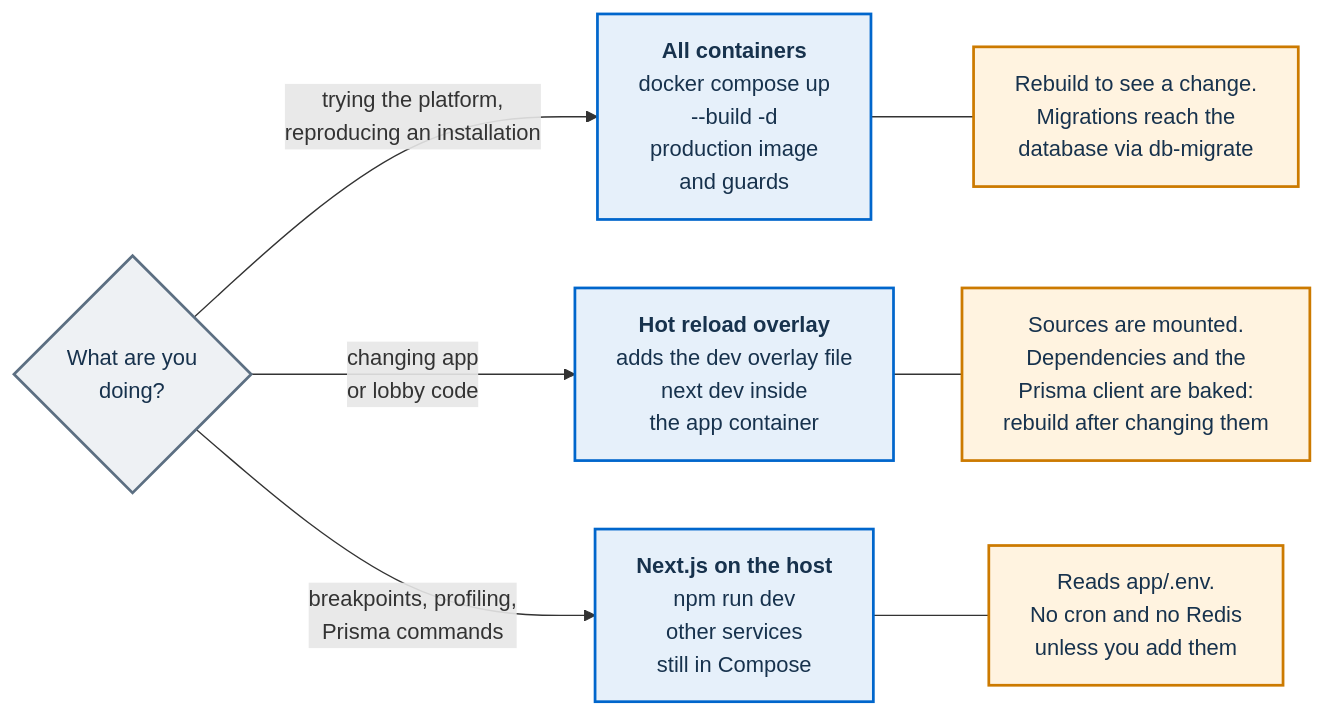
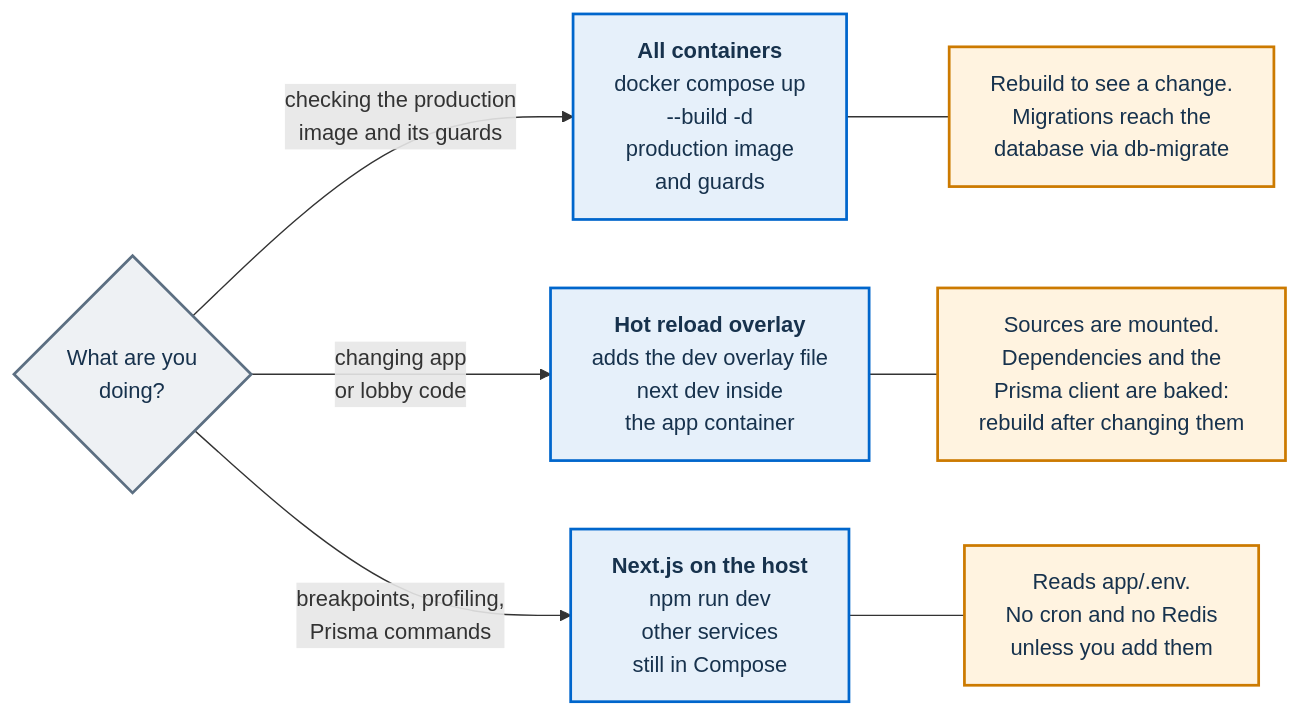
One commit to italia/pa-webinar changed the third of 3 diagrams in docs/DEVELOPMENT.md. Above: the diagram before and after it, drawn with Mermaid. The commit also changed other lines of this file and 51 other files, not shown here.

````diff
--- a/docs/DEVELOPMENT.md
+++ b/docs/DEVELOPMENT.md
@@ -234,23 +234,23 @@
 ```mermaid
 flowchart LR
   Q{"What are you<br/>doing?"}:::ask
 
   A["<b>All containers</b><br/>docker compose up<br/>--build -d<br/>production image<br/>and guards"]:::mode
   B["<b>Hot reload overlay</b><br/>adds the dev overlay file<br/>next dev inside<br/>the app container"]:::mode
   C["<b>Next.js on the host</b><br/>npm run dev<br/>other services<br/>still in Compose"]:::mode
 
   A2["Rebuild to see a change.<br/>Migrations reach the<br/>database via db-migrate"]:::note
   B2["Sources are mounted.<br/>Dependencies and the<br/>Prisma client are baked:<br/>rebuild after changing them"]:::note
   C2["Reads app/.env.<br/>No cron and no Redis<br/>unless you add them"]:::note
 
-  Q -->|"trying the platform,<br/>reproducing an installation"| A
+  Q -->|"checking the production<br/>image and its guards"| A
   Q -->|"changing app<br/>or lobby code"| B
   Q -->|"breakpoints, profiling,<br/>Prisma commands"| C
   A --- A2
   B --- B2
   C --- C2
 
   classDef ask fill:#EEF1F4,stroke:#5C6F82,stroke-width:2px,color:#17324D
   classDef mode fill:#E6F0FA,stroke:#0066CC,stroke-width:2px,color:#17324D
   classDef note fill:#FFF3E0,stroke:#CC7A00,stroke-width:2px,color:#17324D
 ```
````
